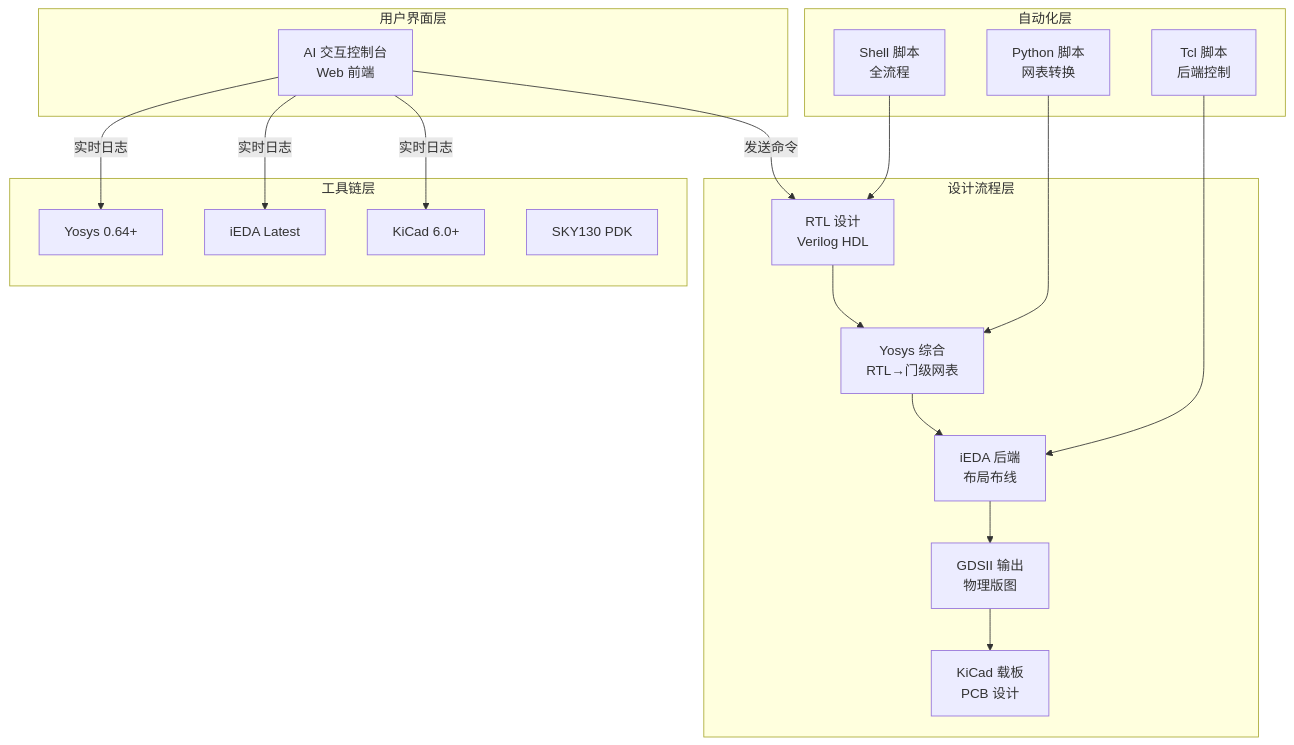
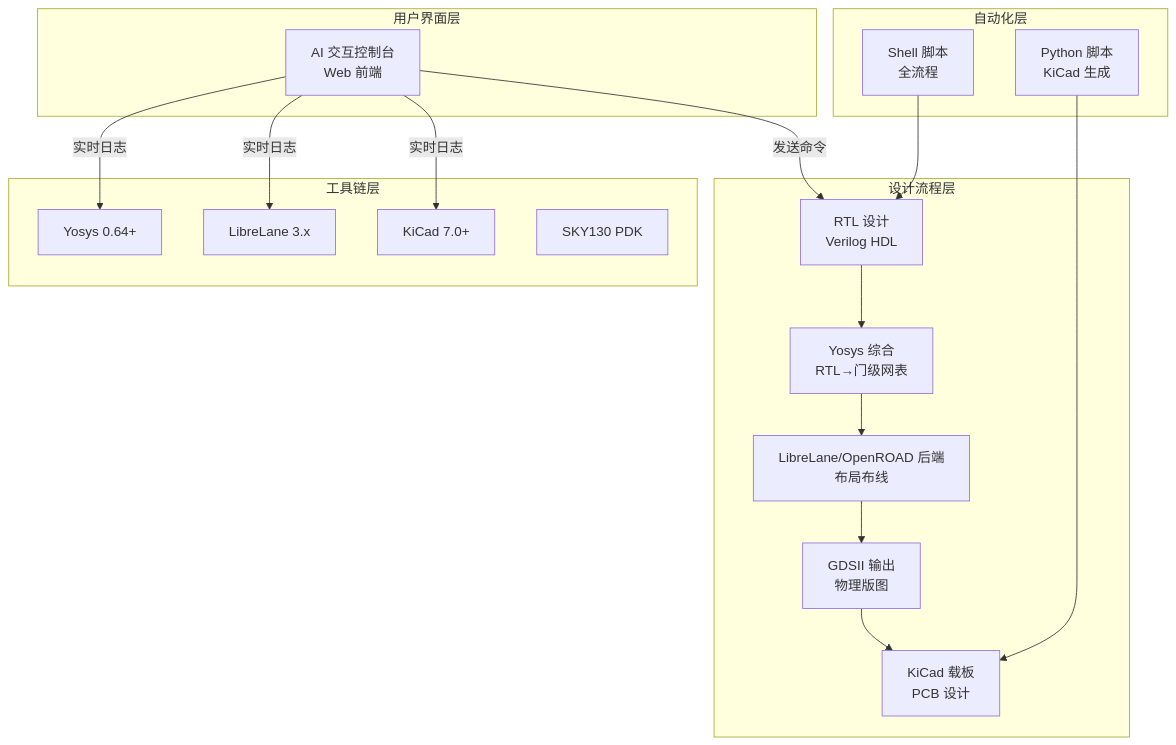
The first of 2 diagrams in README.md (ForBloodB/SiliconTrace), drawn with Mermaid before and after one commit. The commit also changed other lines of this file and 7 other files, not shown here.

````diff
--- a/README.md
+++ b/README.md
@@ -17,36 +17,34 @@
 ```mermaid
 graph TB
     subgraph 用户界面层
         A[AI 交互控制台<br/>Web 前端]
     end
 
     subgraph 设计流程层
         B[RTL 设计<br/>Verilog HDL]
         C[Yosys 综合<br/>RTL→门级网表]
-        D[iEDA 后端<br/>布局布线]
+        D[LibreLane/OpenROAD 后端<br/>布局布线]
         E[GDSII 输出<br/>物理版图]
         F[KiCad 载板<br/>PCB 设计]
     end
 
     subgraph 工具链层
         G[Yosys 0.64+]
-        H[iEDA Latest]
-        I[KiCad 6.0+]
+        H[LibreLane 3.x]
+        I[KiCad 7.0+]
         J[SKY130 PDK]
     end
 
     subgraph 自动化层
-        K[Python 脚本<br/>网表转换]
-        L[Tcl 脚本<br/>后端控制]
-        M[Shell 脚本<br/>全流程]
+        K[Shell 脚本<br/>全流程]
+        L[Python 脚本<br/>KiCad 生成]
     end
 
     A -->|发送命令| B
     B --> C --> D --> E --> F
     A -->|实时日志| G
     A -->|实时日志| H
     A -->|实时日志| I
-    K --> C
-    L --> D
-    M --> B
+    K --> B
+    L --> F
 ```
````
